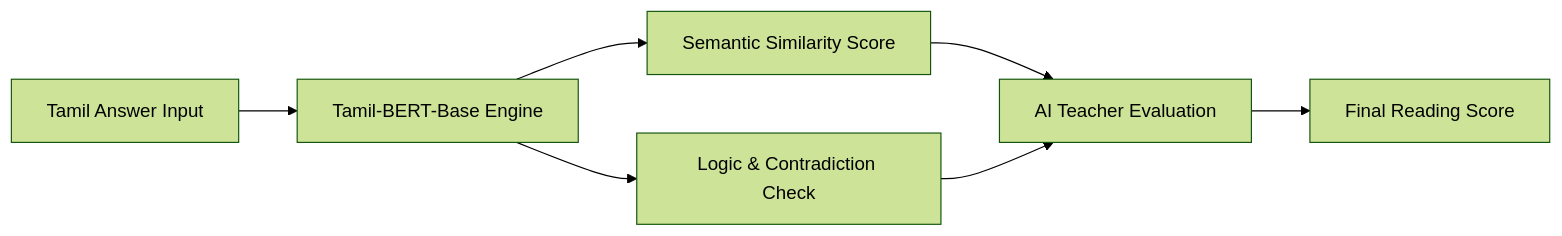
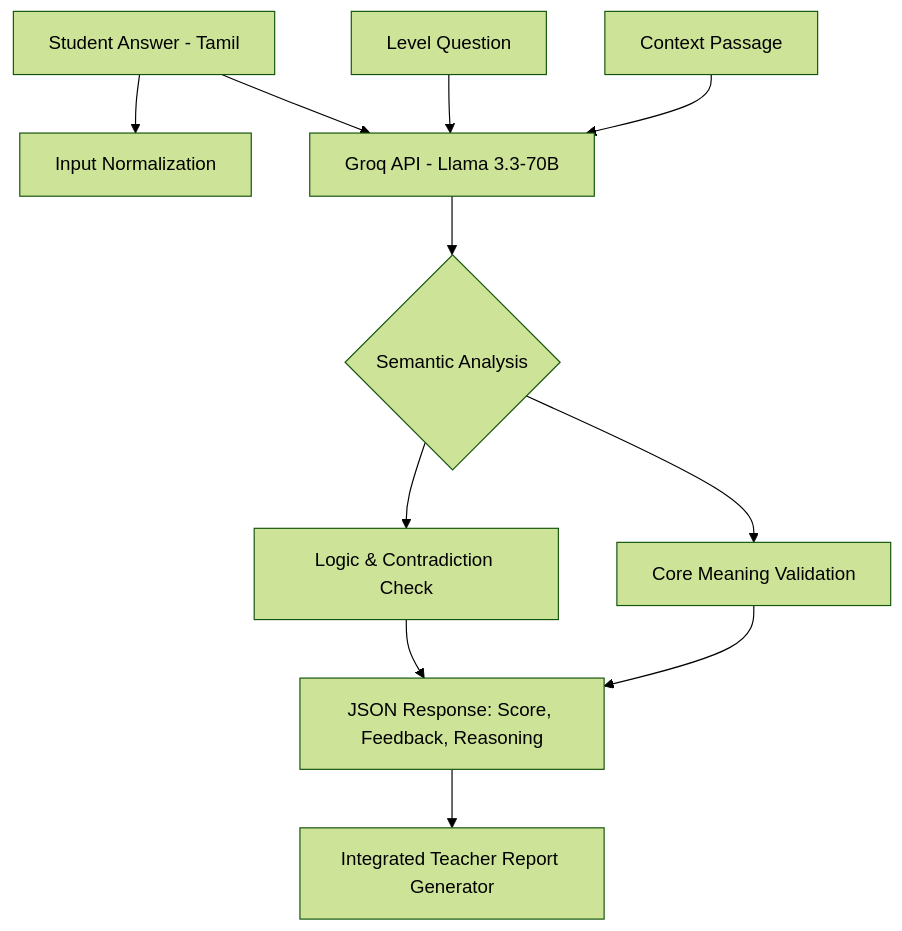
One commit to Saravanan2005real/Tamil-Prouficiency-Assesment-Platform-IITM changed the diagram in reading skill final one/README.md. Above: the diagram before and after it, drawn with Mermaid (forest theme). The commit also changed 5 other files, not shown here.

Commit message:
Update module architecture diagrams to match actual implementation logic (Groq, Ollama, Whisper, Gates)

````diff
--- a/reading skill final one/README.md
+++ b/reading skill final one/README.md
@@ -9,8 +9,10 @@
 ```mermaid
-graph LR
-    Input[Tamil Answer Input] --> BERT[Tamil-BERT-Base Engine]
-    BERT --> Semantic[Semantic Similarity Score]
-    BERT --> Logic[Logic & Contradiction Check]
-    Semantic & Logic --> Teacher[AI Teacher Evaluation]
-    Teacher --> Result[Final Reading Score]
+graph TD
+    User[Student Answer - Tamil] --> Gate[Input Normalization]
+    Passage[Context Passage] & Question[Level Question] & User --> Groq[Groq API - Llama 3.3-70B]
+    Groq --> Analysis{Semantic Analysis}
+    Analysis --> Valid[Core Meaning Validation]
+    Analysis --> Logic[Logic & Contradiction Check]
+    Valid & Logic --> Output[JSON Response: Score, Feedback, Reasoning]
+    Output --> Synthesis[Integrated Teacher Report Generator]
 ```
````
